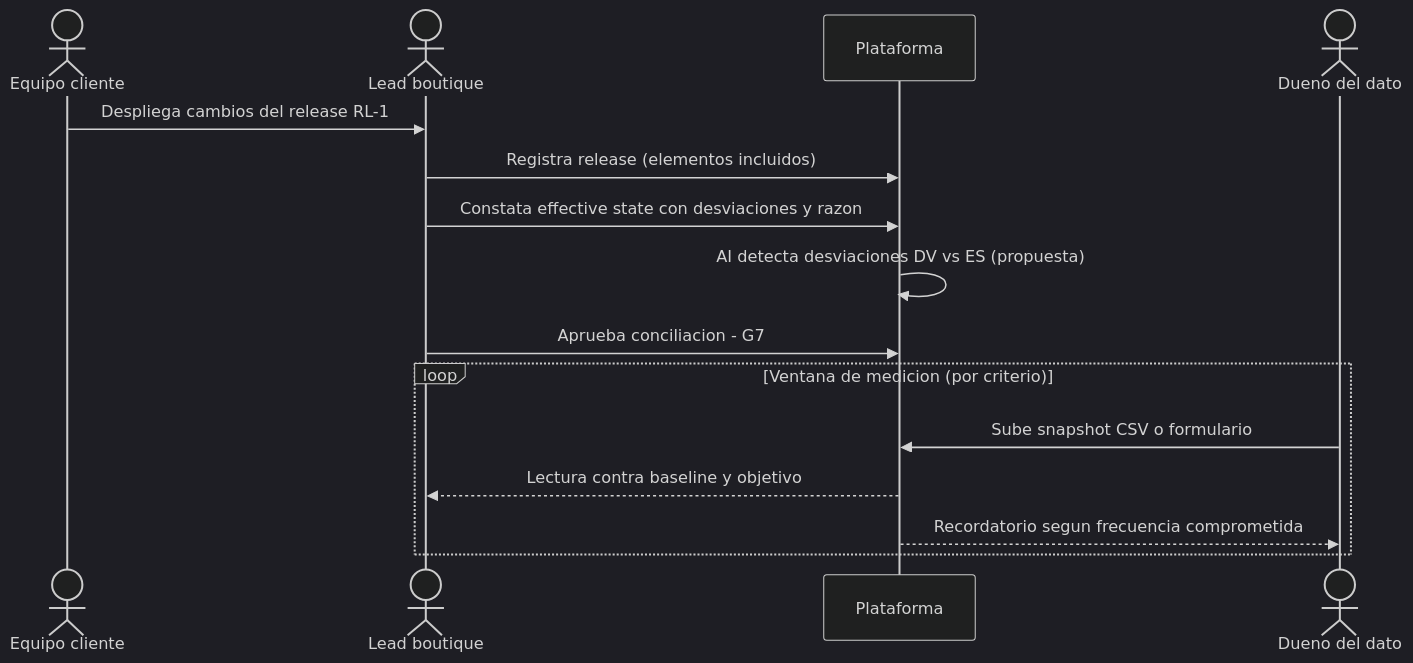
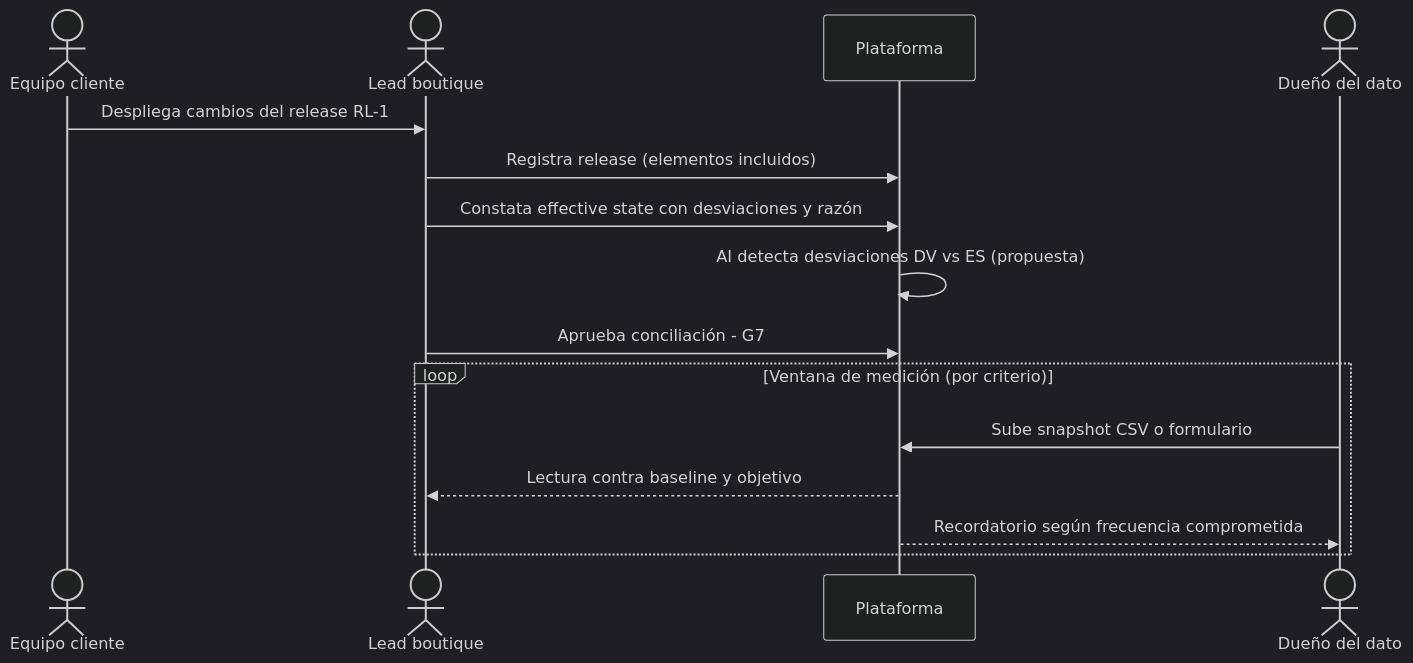
One commit to jtrujillo-ws/designio-app changed the seventh of 9 diagrams in docs/04-journeys/journeys-plataforma.md. Above: the diagram before and after it, drawn with Mermaid (dark theme). The commit also changed other lines of this file and 4 other files, not shown here.

````diff
--- a/docs/04-journeys/journeys-plataforma.md
+++ b/docs/04-journeys/journeys-plataforma.md
@@ -211,18 +211,18 @@
 ```mermaid
 sequenceDiagram
   actor EC as Equipo cliente
   actor L as Lead boutique
   participant P as Plataforma
-  actor DD as Dueno del dato
+  actor DD as Dueño del dato
 
   EC->>L: Despliega cambios del release RL-1
   L->>P: Registra release (elementos incluidos)
-  L->>P: Constata effective state con desviaciones y razon
+  L->>P: Constata effective state con desviaciones y razón
   P->>P: AI detecta desviaciones DV vs ES (propuesta)
-  L->>P: Aprueba conciliacion - G7
-  loop Ventana de medicion (por criterio)
+  L->>P: Aprueba conciliación - G7
+  loop Ventana de medición (por criterio)
     DD->>P: Sube snapshot CSV o formulario
     P-->>L: Lectura contra baseline y objetivo
-    P-->>DD: Recordatorio segun frecuencia comprometida
+    P-->>DD: Recordatorio según frecuencia comprometida
   end
 ```
````
